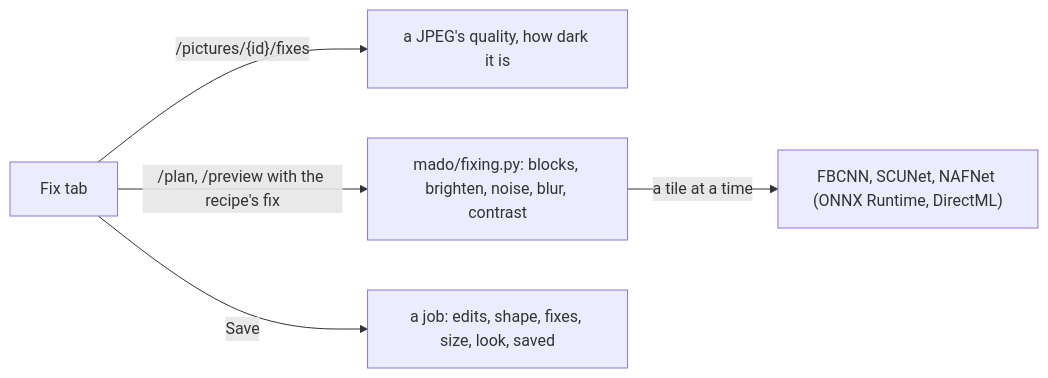
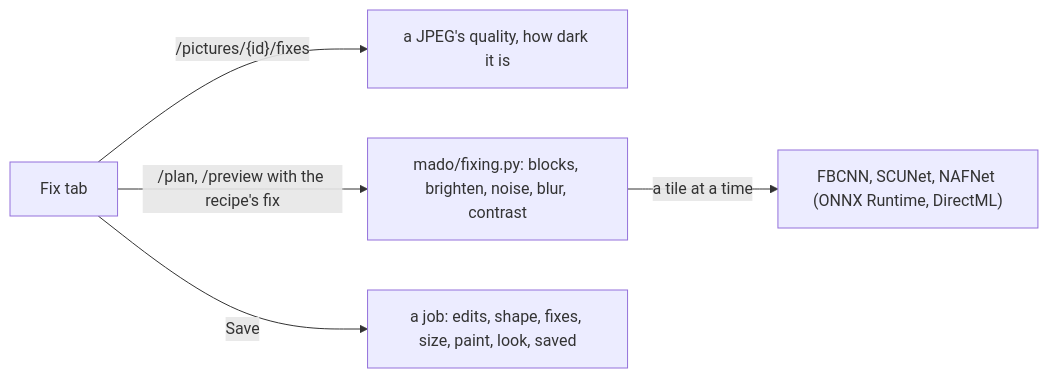
One commit to frankgrobbelaar/mado changed the eighth of 11 diagrams in docs/architecture.md. Above: the diagram before and after it, drawn with Mermaid. The commit also changed other lines of this file and 73 other files, not shown here.

````diff
--- a/docs/architecture.md
+++ b/docs/architecture.md
@@ -228,7 +258,7 @@
 ```mermaid
 flowchart LR
     tab["Fix tab"] -- "/pictures/{id}/fixes" --> found["a JPEG's quality, how dark it is"]
     tab -- "/plan, /preview with the recipe's fix" --> fix["mado/fixing.py: blocks, brighten, noise, blur, contrast"]
     fix -- "a tile at a time" --> models["FBCNN, SCUNet, NAFNet (ONNX Runtime, DirectML)"]
-    tab -- "Save" --> job["a job: edits, shape, fixes, size, look, saved"]
+    tab -- "Save" --> job["a job: edits, shape, fixes, size, paint, look, saved"]
 ```
````
